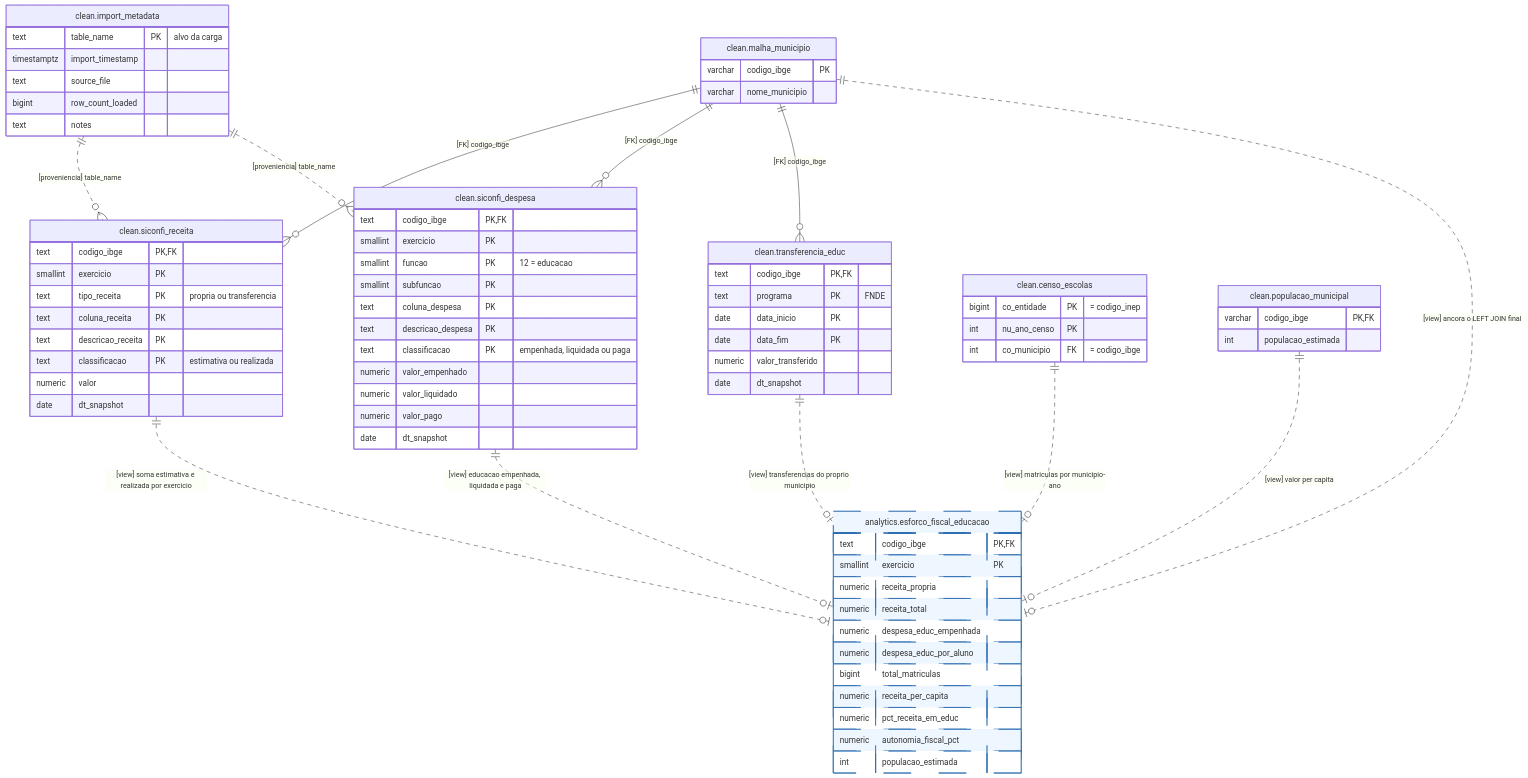
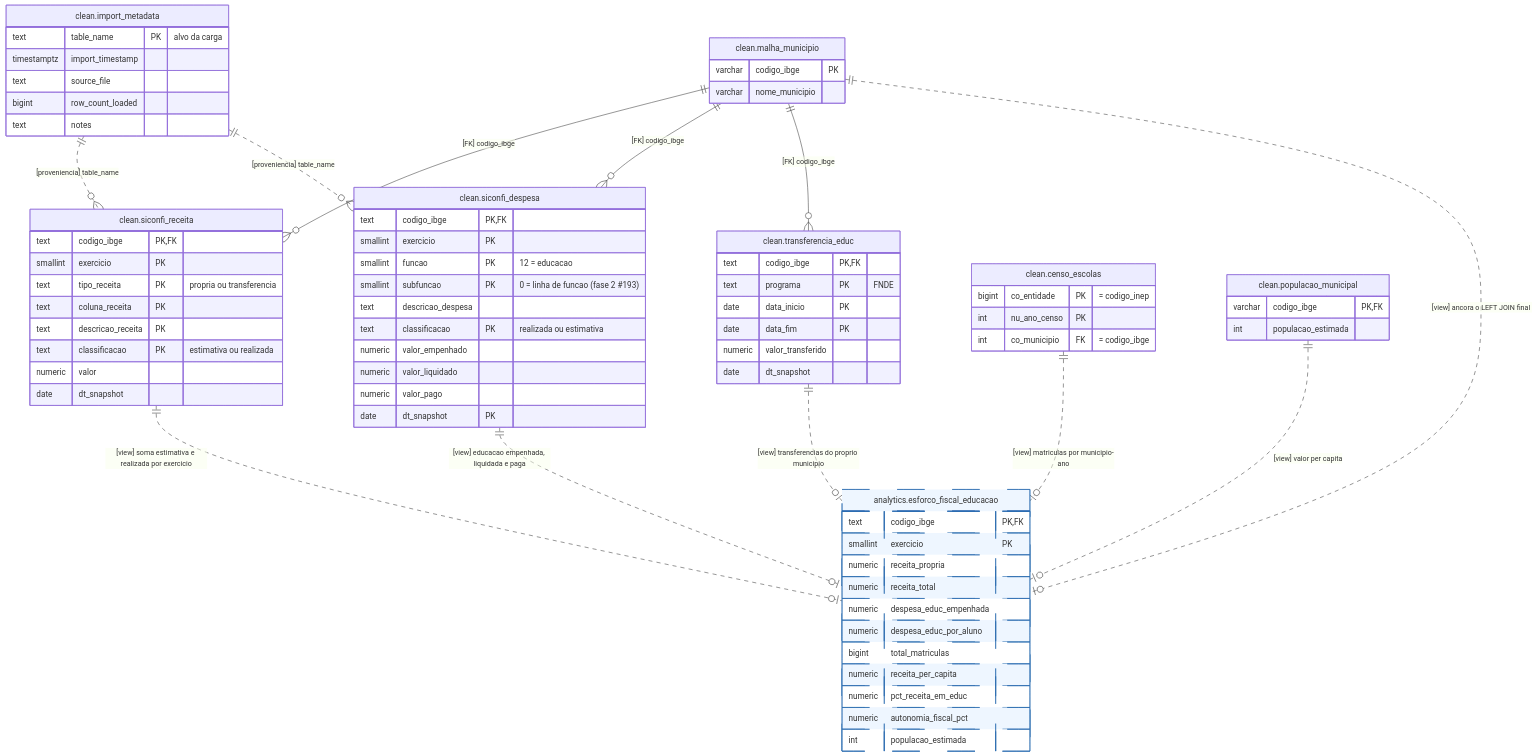
One commit to marcoarthur/edumaps changed the diagram in docs/diagramas/04-financeiro.mmd. Above: the diagram before and after it, drawn with Mermaid. The commit also changed 5 other files, not shown here.

Commit message:
docs: spec SICONFI (#193) e ER financeiro + indice

```diff
--- a/docs/diagramas/04-financeiro.mmd
+++ b/docs/diagramas/04-financeiro.mmd
@@ -1,86 +1,88 @@
 erDiagram
 %% 04 · Financeiro municipal — SICONFI (receita/despesa) e transferências
 %% Ciclo #165 (issue #165, PR #191). Tabelas NOVAS: aqui o vínculo com o
 %% território já é FOREIGN KEY real no Postgres (ao contrário do núcleo 02).
+%% Fase 2 (#193): siconfi_despesa sem coluna_despesa, PK por função/snapshot
+%% (fonte: DCA-Anexo I-E); receita FUNDEB real entra por clean.siconfi_receita
+%% (DCA-Anexo I-C) e sai do denominador da view.
 
     clean.malha_municipio ||--o{ clean.siconfi_receita : "[FK] codigo_ibge"
     clean.malha_municipio ||--o{ clean.siconfi_despesa : "[FK] codigo_ibge"
     clean.malha_municipio ||--o{ clean.transferencia_educ : "[FK] codigo_ibge"
 
     clean.siconfi_receita ||..o| analytics.esforco_fiscal_educacao : "[view] soma estimativa e realizada por exercicio"
     clean.siconfi_despesa ||..o| analytics.esforco_fiscal_educacao : "[view] educacao empenhada, liquidada e paga"
     clean.transferencia_educ ||..o| analytics.esforco_fiscal_educacao : "[view] transferencias do proprio municipio"
     clean.censo_escolas ||..o| analytics.esforco_fiscal_educacao : "[view] matriculas por municipio-ano"
     clean.malha_municipio ||..o| analytics.esforco_fiscal_educacao : "[view] ancora o LEFT JOIN final"
     clean.populacao_municipal ||..o| analytics.esforco_fiscal_educacao : "[view] valor per capita"
 
     clean.import_metadata ||..o{ clean.siconfi_receita : "[proveniencia] table_name"
     clean.import_metadata ||..o{ clean.siconfi_despesa : "[proveniencia] table_name"
 
     clean.malha_municipio {
         varchar codigo_ibge PK
         varchar nome_municipio
     }
     clean.siconfi_receita {
         text codigo_ibge PK,FK
         smallint exercicio PK
         text tipo_receita PK "propria ou transferencia"
         text coluna_receita PK
         text descricao_receita PK
         text classificacao PK "estimativa ou realizada"
         numeric valor
         date dt_snapshot
     }
     clean.siconfi_despesa {
         text codigo_ibge PK,FK
         smallint exercicio PK
         smallint funcao PK "12 = educacao"
-        smallint subfuncao PK
-        text coluna_despesa PK
-        text descricao_despesa PK
-        text classificacao PK "empenhada, liquidada ou paga"
+        smallint subfuncao PK "0 = linha de funcao (fase 2 #193)"
+        text descricao_despesa
+        text classificacao PK "realizada ou estimativa"
         numeric valor_empenhado
         numeric valor_liquidado
         numeric valor_pago
-        date dt_snapshot
+        date dt_snapshot PK
     }
     clean.transferencia_educ {
         text codigo_ibge PK,FK
         text programa PK "FNDE"
         date data_inicio PK
         date data_fim PK
         numeric valor_transferido
         date dt_snapshot
     }
     clean.censo_escolas {
         bigint co_entidade PK " = codigo_inep"
         int nu_ano_censo PK
         int co_municipio FK " = codigo_ibge"
     }
     clean.populacao_municipal {
         varchar codigo_ibge PK,FK
         int populacao_estimada
     }
     clean.import_metadata {
         text table_name PK "alvo da carga"
         timestamptz import_timestamp
         text source_file
         bigint row_count_loaded
         text notes
     }
     analytics.esforco_fiscal_educacao {
         text codigo_ibge PK,FK
         smallint exercicio PK
         numeric receita_propria
         numeric receita_total
         numeric despesa_educ_empenhada
         numeric despesa_educ_por_aluno
         bigint total_matriculas
         numeric receita_per_capita
         numeric pct_receita_em_educ
         numeric autonomia_fiscal_pct
         int populacao_estimada
     }
 
     classDef view fill:#eef6ff,stroke:#2b6cb0,stroke-dasharray: 5 4
     class analytics.esforco_fiscal_educacao view
```
